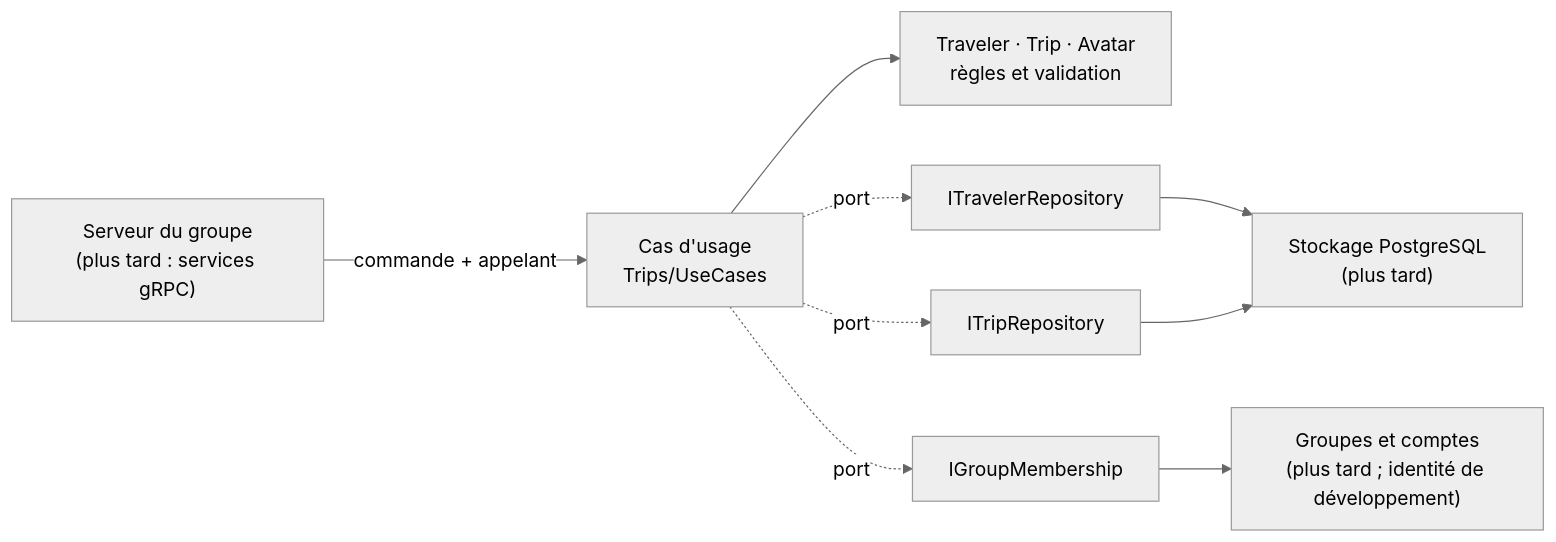
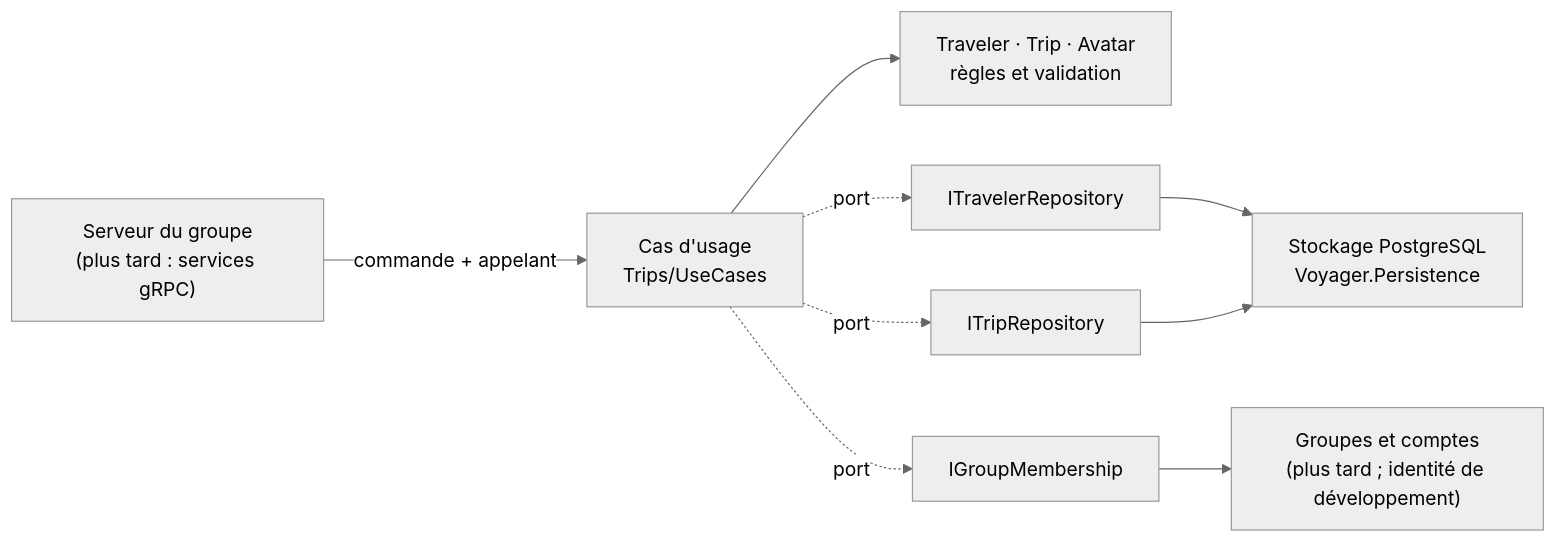
One commit to Nidk-Akanea/Voyager changed the seventh of 9 diagrams in docs/schemas/technique.md. Above: the diagram before and after it, drawn with Mermaid (neutral theme). The commit also changed other lines of this file and 47 other files, not shown here.

First line of the commit message:
feat: store the trips and travelers in PostgreSQL (step 2 of 4) (#47)

````diff
--- a/docs/schemas/technique.md
+++ b/docs/schemas/technique.md
@@ -300,11 +300,11 @@
 ```mermaid
 flowchart LR
     Host["Serveur du groupe<br/>(plus tard : services gRPC)"] -->|"commande + appelant"| UC["Cas d'usage<br/>Trips/UseCases"]
     UC --> Rules["Traveler · Trip · Avatar<br/>règles et validation"]
     UC -. "port" .-> TR["ITravelerRepository"]
     UC -. "port" .-> TP["ITripRepository"]
     UC -. "port" .-> GM["IGroupMembership"]
-    TR --> Store["Stockage PostgreSQL<br/>(plus tard)"]
+    TR --> Store["Stockage PostgreSQL<br/>Voyager.Persistence"]
     TP --> Store
     GM --> Groups["Groupes et comptes<br/>(plus tard ; identité de développement)"]
 ```
````
